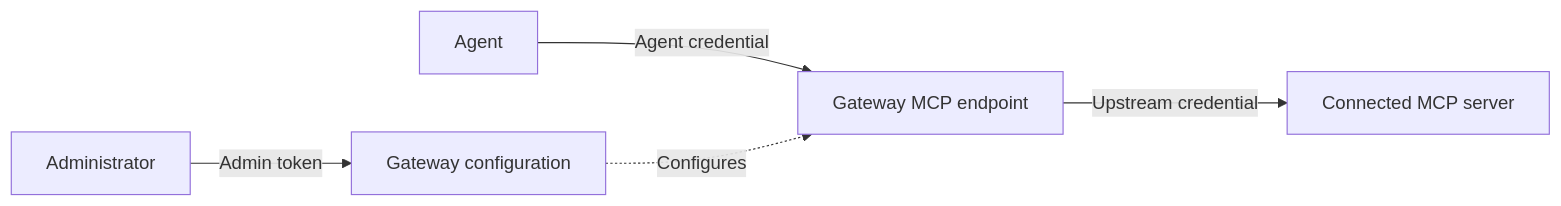
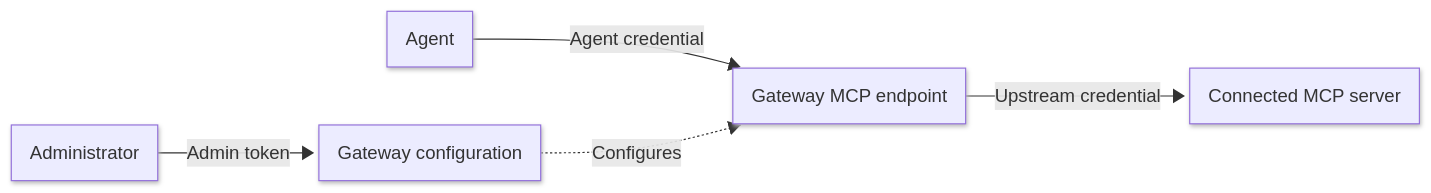
One commit to redis/docs changed the diagram in content/develop/ai/context-engine/context-gateway/manage-gateways.md. Above: the diagram before and after it, drawn with Mermaid. The commit also changed 1 other file, not shown here.

Commit message:
docs: match existing Gateway diagram styling

````diff
--- a/content/develop/ai/context-engine/context-gateway/manage-gateways.md
+++ b/content/develop/ai/context-engine/context-gateway/manage-gateways.md
@@ -31,7 +31,11 @@
 ```mermaid
+---
+config:
+  look: neo
+---
 flowchart LR
     Admin["Administrator"] -->|"Admin token"| Config["Gateway configuration"]
     Agent["Agent"] -->|"Agent credential"| Gateway["Gateway MCP endpoint"]
     Config -.->|"Configures"| Gateway
     Gateway -->|"Upstream credential"| Server["Connected MCP server"]
 ```
````
